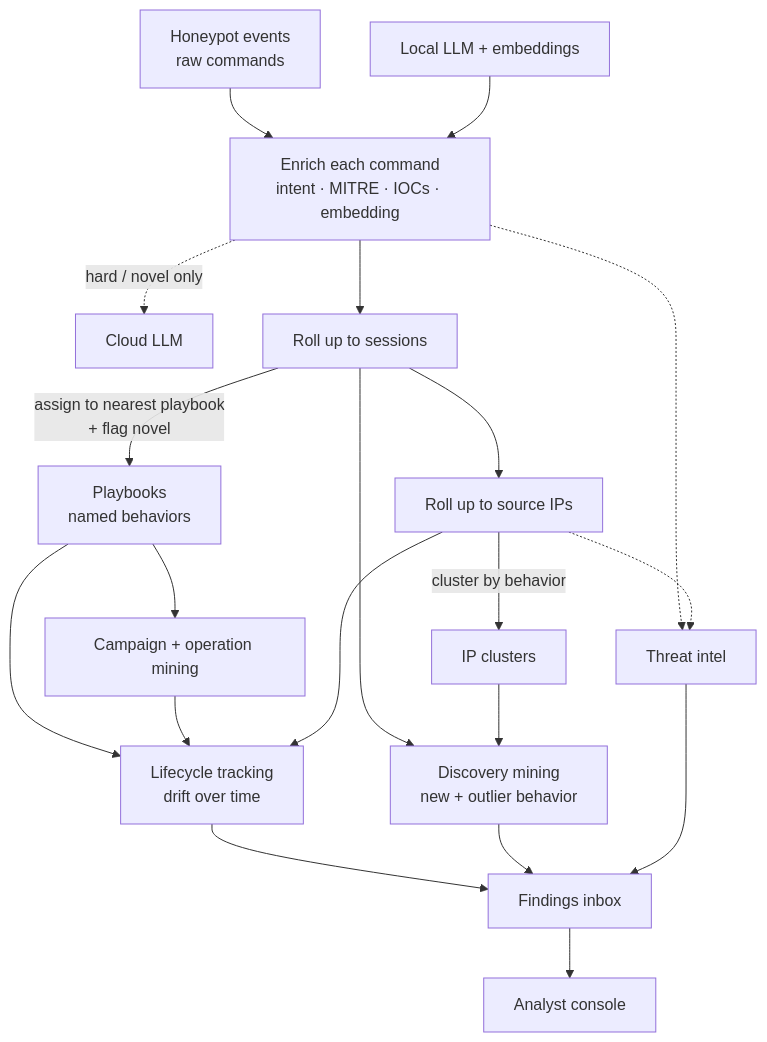
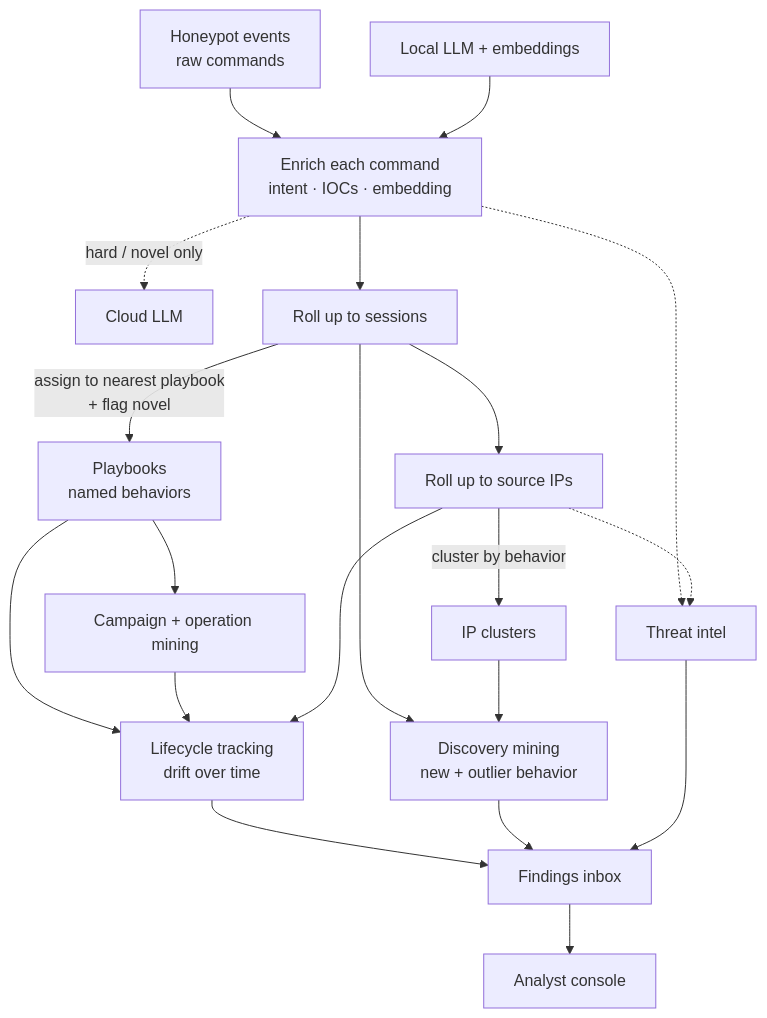
Before and after one commit to tonysperez/dshield_prism: the diagram in README.md, drawn with Mermaid. The commit also changed other lines of this file and 44 other files, not shown here.

Commit message:
feat(enrich): Removed LLM-derived MITRE ATT&CK TTP IDs. Even whe schema validated, the small local model was not consistent in application enough to be trustworthy.

````diff
--- a/README.md
+++ b/README.md
@@ -74,22 +75,22 @@
 ```mermaid
 flowchart TD
-    A[Honeypot events<br/>raw commands] --> B[Enrich each command<br/>intent · MITRE · IOCs · embedding]
+    A[Honeypot events<br/>raw commands] --> B[Enrich each command<br/>intent · IOCs · embedding]
     M[Local LLM + embeddings] --> B
     B -.->|hard / novel only| X[Cloud LLM]
     B --> C[Roll up to sessions]
     C --> D[Roll up to source IPs]
     C -->|assign to nearest playbook<br/>+ flag novel| E[Playbooks<br/>named behaviors]
     D -->|cluster by behavior| F[IP clusters]
     E --> G[Campaign + operation mining]
     B -.-> H[Threat intel]
     D -.-> H
     E --> LC[Lifecycle tracking<br/>drift over time]
     G --> LC
     D --> LC
     C --> DC[Discovery mining<br/>new + outlier behavior]
     F --> DC
     LC --> I[Findings inbox]
     DC --> I
     H --> I
     I --> J[Analyst console]
 ```
````
